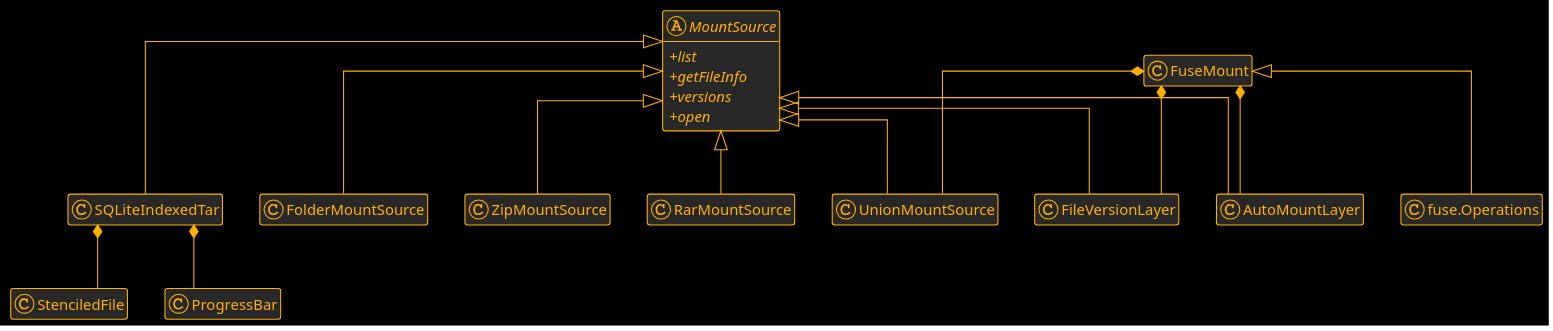
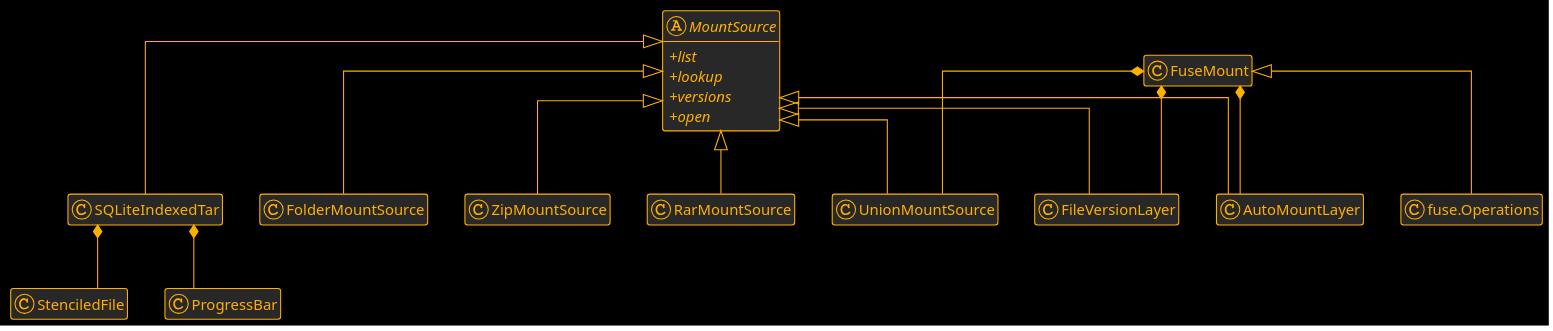
Before and after one commit to mxmlnkn/ratarmount: the diagram in core/doc/MountSource.puml, drawn with PlantUML. The commit also changed 40 other files, not shown here.

Commit message:
[API] MountSource: Rename getFileInfo -> lookup

```diff
--- a/core/doc/MountSource.puml
+++ b/core/doc/MountSource.puml
@@ -1,81 +1,81 @@
 @startuml
 
 ' bluegray cerulean-outline crt-amber materia-outline mimeograph cyborg
 !theme crt-amber
 
 '!pragma svek_trace on
 /'
 generate in your local folder two intermediate files:
     foo.dot : intermediate file in "dot" language provided to GraphViz
     foo.svg : intermediate result file which is going to be parsed by PlantUML to retrieve element positions.
 '/
 
 'skinparam backgroundColor #121212
 skinparam backgroundColor #000000
 
 /' Use the UML symbols +-#~ for visibility instead of PlantUML-specific icons '/
 skinparam classAttributeIconSize 0
 
 set namespaceSeparator ::
 
 hide empty
 hide empty members
 
 
 ' Only takes more space vertically, does not reduce width :/
 'left to right direction
 'top to bottom direction
 
 skinparam linetype ortho
 'skinparam linetype polyline
 
 /'
 "linetype ortho" looks the best imo, but it does not work at all with arrow labels
 as they are place too far away to be meaningful. Same bug applies to polyline. See:
   https://forum.plantuml.net/1608/is-it-possible-to-only-use-straight-lines-in-a-class-diagram
   https://crashedmind.github.io/PlantUMLHitchhikersGuide/layout/layout.html#linetype-polyline-ortho
   https://github.com/plantuml/plantuml/issues/149
 '/
 
 class StenciledFile
 class ProgressBar
 
 abstract class MountSource {
     +{abstract} list
-    +{abstract} getFileInfo
+    +{abstract} lookup
     +{abstract} versions
     +{abstract} open
 }
 
 class SQLiteIndexedTar
 
 SQLiteIndexedTar *-- StenciledFile
 SQLiteIndexedTar *-- ProgressBar
 
 class FolderMountSource
 class ZipMountSource
 class RarMountSource
 
 class UnionMountSource
 class FileVersionLayer
 
 MountSource <|-- SQLiteIndexedTar
 MountSource <|-- FolderMountSource
 MountSource <|-- ZipMountSource
 MountSource <|-- RarMountSource
 
 MountSource <|-- AutoMountLayer
 MountSource <|-- UnionMountSource
 MountSource <|-- FileVersionLayer
 
 class fuse.Operations
 
 class FuseMount
 
 FuseMount <|-- fuse.Operations
 
 FuseMount *-- AutoMountLayer
 FuseMount *-- UnionMountSource
 FuseMount *-- FileVersionLayer
 
 @enduml
```
